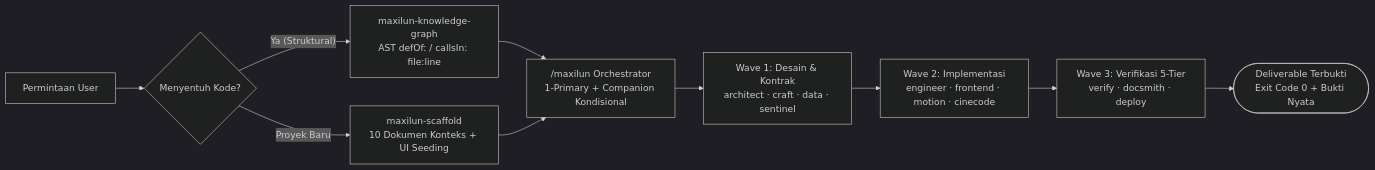
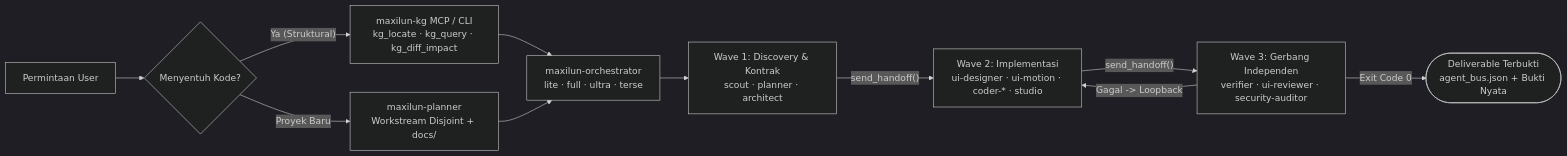
Before and after one commit to giriedu/maxilun: the first of 2 diagrams in README.id.md, drawn with Mermaid (dark theme). The commit also changed other lines of this file and 207 other files, not shown here.

Commit message:
feat: add 15-agent shared bus, maxilun-kg MCP, tactile UI/anti-slop playbooks, and refresh docs/assets

````diff
--- a/README.id.md
+++ b/README.id.md
@@ -84,13 +86,14 @@
 ```mermaid
 flowchart LR
     Prompt["Permintaan User"] --> KG{"Menyentuh Kode?"}
-    KG -->|"Ya (Struktural)"| Graph["maxilun-knowledge-graph<br/>AST defOf: / callsIn: file:line"]
-    KG -->|"Proyek Baru"| Scaf["maxilun-scaffold<br/>10 Dokumen Konteks + UI Seeding"]
-    Graph --> Route["/maxilun Orchestrator<br/>1-Primary + Companion Kondisional"]
+    KG -->|"Ya (Struktural)"| Graph["maxilun-kg MCP / CLI<br/>kg_locate · kg_query · kg_diff_impact"]
+    KG -->|"Proyek Baru"| Scaf["maxilun-planner<br/>Workstream Disjoint + docs/"]
+    Graph --> Route["maxilun-orchestrator<br/>lite · full · ultra · terse"]
     Scaf --> Route
 
-    Route --> W1["Wave 1: Desain & Kontrak<br/>architect · craft · data · sentinel"]
-    W1 --> W2["Wave 2: Implementasi<br/>engineer · frontend · motion · cinecode"]
-    W2 --> W3["Wave 3: Verifikasi 5-Tier<br/>verify · docsmith · deploy"]
-    W3 --> Ship(["Deliverable Terbukti<br/>Exit Code 0 + Bukti Nyata"])
+    Route --> W1["Wave 1: Discovery & Kontrak<br/>scout · planner · architect"]
+    W1 -->|"send_handoff()"| W2["Wave 2: Implementasi<br/>ui-designer · ui-motion · coder-* · studio"]
+    W2 -->|"send_handoff()"| W3["Wave 3: Gerbang Independen<br/>verifier · ui-reviewer · security-auditor"]
+    W3 -->|"Gagal -> Loopback"| W2
+    W3 -->|"Exit Code 0"| Ship(["Deliverable Terbukti<br/>agent_bus.json + Bukti Nyata"])
 ```
````
